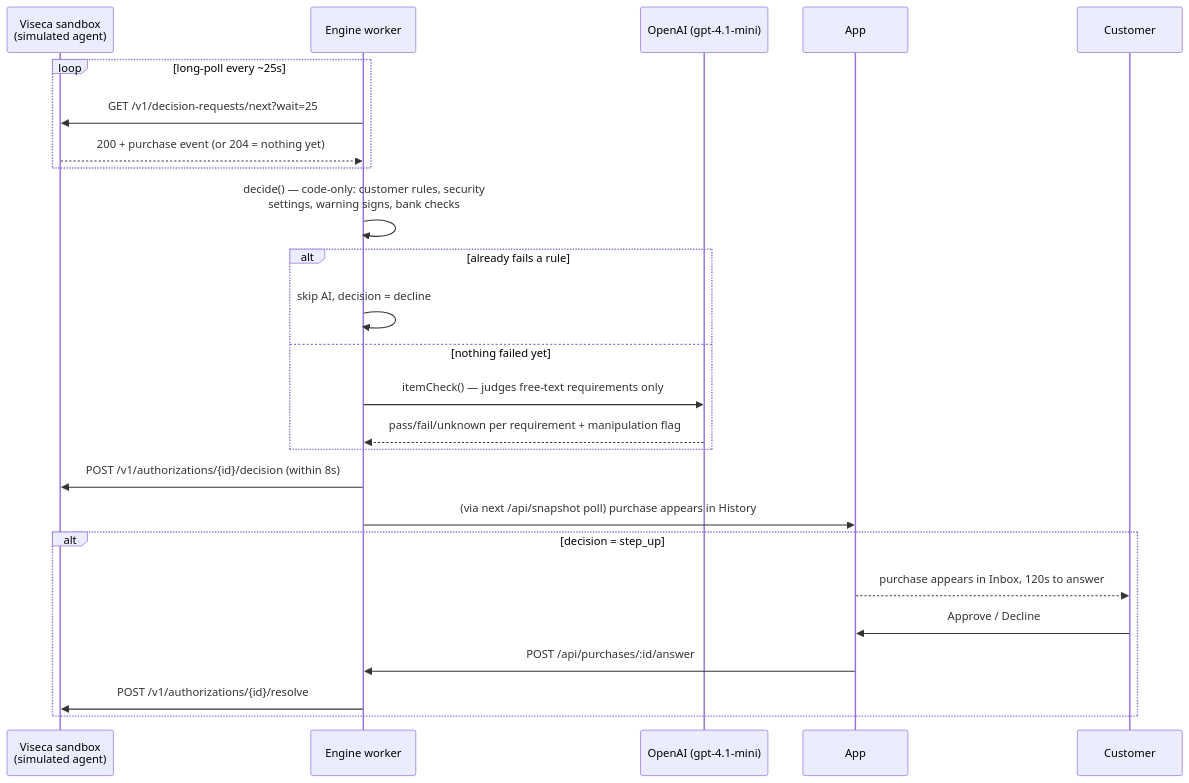
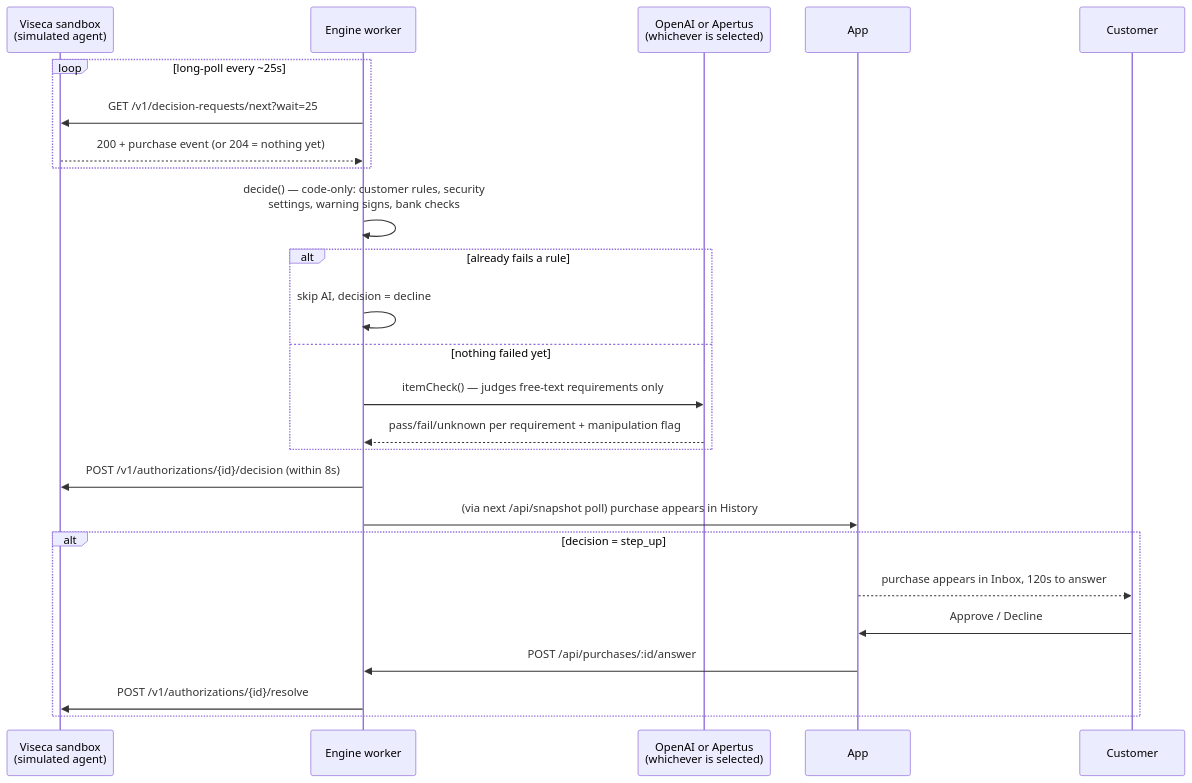
Before and after one commit to gfilomena/agent-on-a-leash: the second of 2 diagrams in docs/TECHNICAL_DOCUMENTATION.md, drawn with Mermaid. The commit also changed other lines of this file and 2 other files, not shown here.

````diff
--- a/docs/TECHNICAL_DOCUMENTATION.md
+++ b/docs/TECHNICAL_DOCUMENTATION.md
@@ -78,28 +78,28 @@
 ```mermaid
 sequenceDiagram
     participant V as Viseca sandbox<br/>(simulated agent)
     participant Eng as Engine worker
-    participant AI as OpenAI (gpt-4.1-mini)
+    participant AI as OpenAI or Apertus<br/>(whichever is selected)
     participant App as App
     participant C as Customer
 
     loop long-poll every ~25s
         Eng->>V: GET /v1/decision-requests/next?wait=25
         V-->>Eng: 200 + purchase event (or 204 = nothing yet)
     end
     Eng->>Eng: decide() — code-only: customer rules, security<br/>settings, warning signs, bank checks
     alt already fails a rule
         Eng->>Eng: skip AI, decision = decline
     else nothing failed yet
         Eng->>AI: itemCheck() — judges free-text requirements only
         AI-->>Eng: pass/fail/unknown per requirement + manipulation flag
     end
     Eng->>V: POST /v1/authorizations/{id}/decision (within 8s)
     Eng->>App: (via next /api/snapshot poll) purchase appears in History
     alt decision = step_up
         App-->>C: purchase appears in Inbox, 120s to answer
         C->>App: Approve / Decline
         App->>Eng: POST /api/purchases/:id/answer
         Eng->>V: POST /v1/authorizations/{id}/resolve
     end
 ```
````
